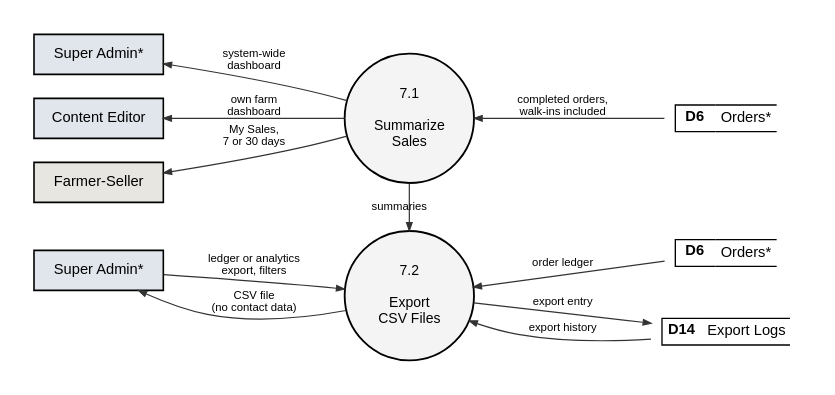
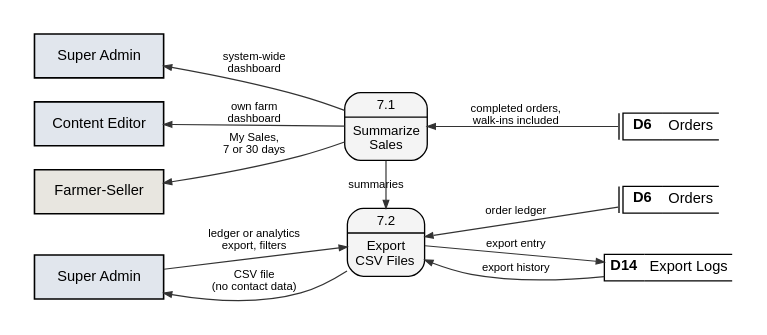
Before and after one commit to shawncastaneda11-commits/anihow-backend: the diagram in docs/manuscript/figures/src/fig6_2_7_dfd_level2.dot, drawn with Graphviz. The commit also changed 39 other files, not shown here.

```diff
--- a/docs/manuscript/figures/src/fig6_2_7_dfd_level2.dot
+++ b/docs/manuscript/figures/src/fig6_2_7_dfd_level2.dot
@@ -1,29 +1,29 @@
 // Data flow diagram, level 2, process 7.0 Report Analytics and Exports.
 digraph G {
   graph [rankdir=LR, nodesep=0.25, ranksep=0.9, pad=0.25, fontname="Liberation Sans", newrank=true];
   node  [fontname="Liberation Sans", fontsize=11];
   edge  [penwidth=0.9, arrowsize=0.6, color="#333333", fontname="Liberation Sans", fontsize=8.5];
-  q7a [shape=circle, style=filled, fillcolor="#F4F4F4", penwidth=1.4, fixedsize=true, width=1.35, fontsize=10.5, label="7.1\n\nSummarize\nSales"];
-  D6_q7a [shape=plaintext, label=<<TABLE BORDER="0" CELLBORDER="1" CELLSPACING="0" CELLPADDING="3"><TR><TD SIDES="TBL" WIDTH="30"><B>D6</B></TD><TD SIDES="TB" ALIGN="LEFT">Orders*</TD></TR></TABLE>>];
-  sa_q7a [shape=box, style=filled, fillcolor="#E1E6ED", penwidth=1.2, width=1.35, height=0.42, label="Super Admin*"];
-  ce_q7a [shape=box, style=filled, fillcolor="#E1E6ED", penwidth=1.2, width=1.35, height=0.42, label="Content Editor"];
-  fs_q7a [shape=box, style=filled, fillcolor="#E8E6E0", penwidth=1.2, width=1.35, height=0.42, label="Farmer-Seller"];
-  q7b [shape=circle, style=filled, fillcolor="#F4F4F4", penwidth=1.4, fixedsize=true, width=1.35, fontsize=10.5, label="7.2\n\nExport\nCSV Files"];
-  D6_q7b [shape=plaintext, label=<<TABLE BORDER="0" CELLBORDER="1" CELLSPACING="0" CELLPADDING="3"><TR><TD SIDES="TBL" WIDTH="30"><B>D6</B></TD><TD SIDES="TB" ALIGN="LEFT">Orders*</TD></TR></TABLE>>];
-  sa_q7b [shape=box, style=filled, fillcolor="#E1E6ED", penwidth=1.2, width=1.35, height=0.42, label="Super Admin*"];
-  D14_q7b [shape=plaintext, label=<<TABLE BORDER="0" CELLBORDER="1" CELLSPACING="0" CELLPADDING="3"><TR><TD SIDES="TBL" WIDTH="30"><B>D14</B></TD><TD SIDES="TB" ALIGN="LEFT">Export Logs</TD></TR></TABLE>>];
+  q7a [shape=plaintext, margin=0, width=0, height=0, label=<<TABLE STYLE="ROUNDED" BORDER="1" CELLBORDER="0" CELLSPACING="0" CELLPADDING="3" BGCOLOR="#F4F4F4"><TR><TD><FONT POINT-SIZE="10.5">7.1</FONT></TD></TR><HR/><TR><TD CELLPADDING="5"><FONT POINT-SIZE="10.5">Summarize<BR/>Sales</FONT></TD></TR></TABLE>>];
+  D6_q7a [shape=plaintext, margin=0, width=0, height=0, label=<<TABLE BORDER="0" CELLBORDER="1" CELLSPACING="0" CELLPADDING="3"><TR><TD SIDES="L" WIDTH="3" CELLPADDING="0"></TD><TD SIDES="TBL" WIDTH="30"><B>D6</B></TD><TD SIDES="TB" ALIGN="LEFT">Orders</TD></TR></TABLE>>];
+  sa_q7a [shape=box, style=filled, fillcolor="#E1E6ED", penwidth=1.2, width=1.35, height=0.46, label="Super Admin", comment="gsdup"];
+  ce_q7a [shape=box, style=filled, fillcolor="#E1E6ED", penwidth=1.2, width=1.35, height=0.46, label="Content Editor"];
+  fs_q7a [shape=box, style=filled, fillcolor="#E8E6E0", penwidth=1.2, width=1.35, height=0.46, label="Farmer-Seller"];
+  q7b [shape=plaintext, margin=0, width=0, height=0, label=<<TABLE STYLE="ROUNDED" BORDER="1" CELLBORDER="0" CELLSPACING="0" CELLPADDING="3" BGCOLOR="#F4F4F4"><TR><TD><FONT POINT-SIZE="10.5">7.2</FONT></TD></TR><HR/><TR><TD CELLPADDING="5"><FONT POINT-SIZE="10.5">Export<BR/>CSV Files</FONT></TD></TR></TABLE>>];
+  D6_q7b [shape=plaintext, margin=0, width=0, height=0, label=<<TABLE BORDER="0" CELLBORDER="1" CELLSPACING="0" CELLPADDING="3"><TR><TD SIDES="L" WIDTH="3" CELLPADDING="0"></TD><TD SIDES="TBL" WIDTH="30"><B>D6</B></TD><TD SIDES="TB" ALIGN="LEFT">Orders</TD></TR></TABLE>>];
+  sa_q7b [shape=box, style=filled, fillcolor="#E1E6ED", penwidth=1.2, width=1.35, height=0.46, label="Super Admin", comment="gsdup"];
+  D14_q7b [shape=plaintext, margin=0, width=0, height=0, label=<<TABLE BORDER="0" CELLBORDER="1" CELLSPACING="0" CELLPADDING="3"><TR><TD SIDES="TBL" WIDTH="30"><B>D14</B></TD><TD SIDES="TB" ALIGN="LEFT">Export Logs</TD></TR></TABLE>>];
   q7a -> D6_q7a [label="completed orders,\nwalk-ins included", dir=back];
   sa_q7a -> q7a [label="system-wide\ndashboard", dir=back];
   ce_q7a -> q7a [label="own farm\ndashboard", dir=back];
   fs_q7a -> q7a [label="My Sales,\n7 or 30 days", dir=back];
   q7a -> q7b [label="summaries", constraint=false];
   sa_q7b -> q7b [label="ledger or analytics\nexport, filters"];
   q7b -> D6_q7b [label="order ledger", dir=back];
   sa_q7b -> q7b [label="CSV file\n(no contact data)", dir=back];
   q7b -> D14_q7b [label="export entry"];
   q7b -> D14_q7b [label="export history", dir=back];
   {rank=same; sa_q7a; ce_q7a; fs_q7a; sa_q7b}
   {rank=same; D6_q7a; D6_q7b; D14_q7b}
   {rank=same; q7a; q7b}
   q7a -> q7b [style=invis, weight=10];
 }
```
